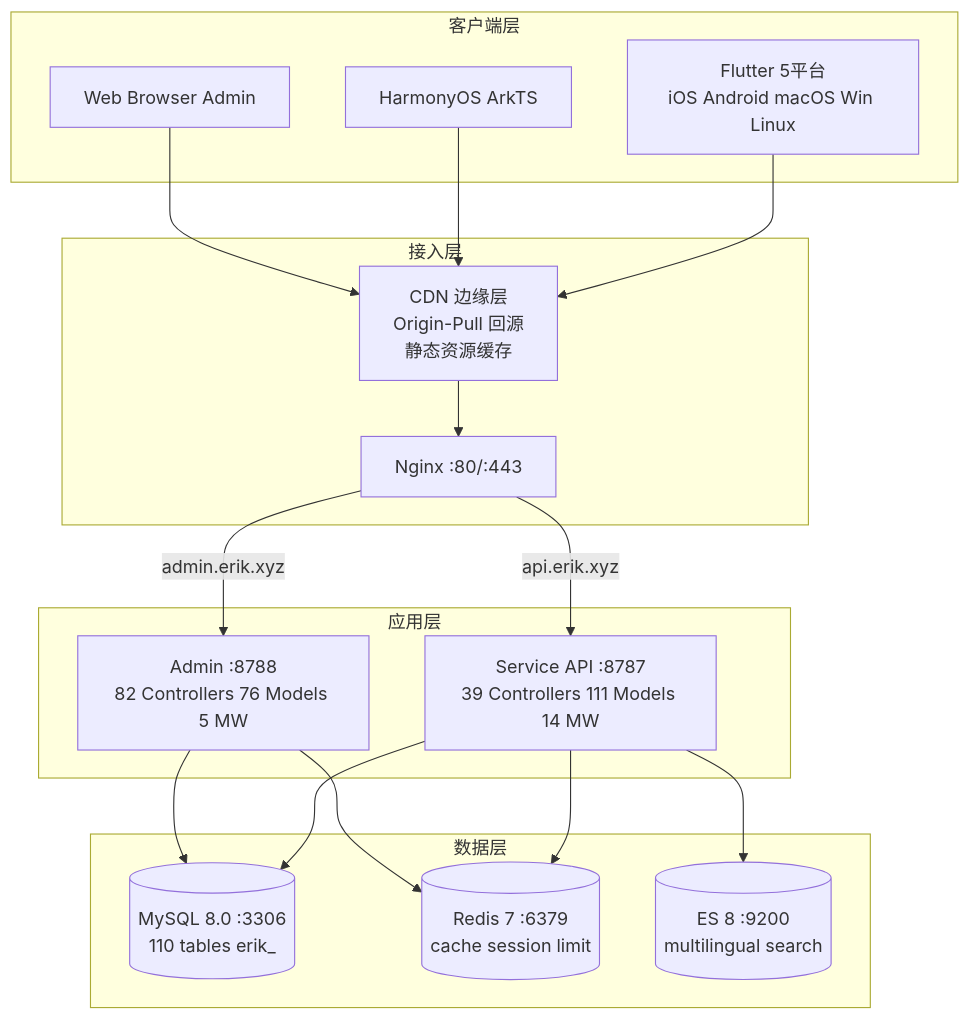
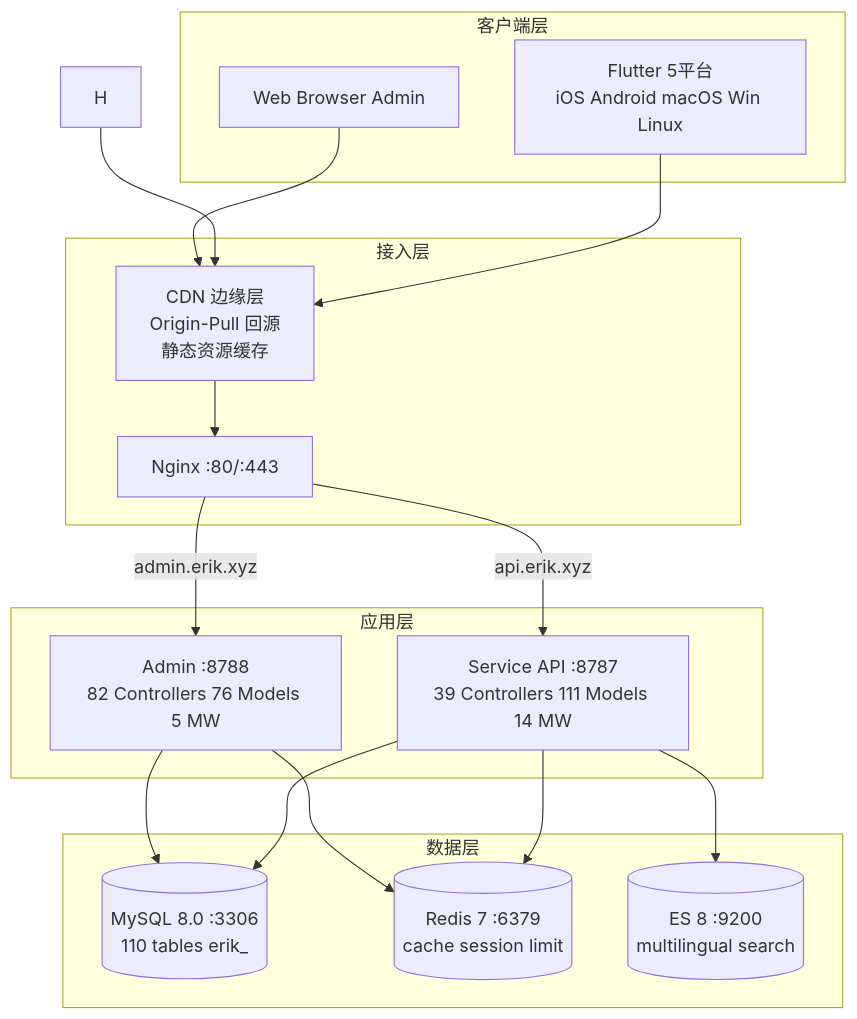
Before and after one commit to erikwang2013/erik-shop: the first of 6 diagrams in docs/architecture-full.md, drawn with Mermaid. The commit also changed other lines of this file and 40 other files, not shown here.

````diff
--- a/docs/architecture-full.md
+++ b/docs/architecture-full.md
@@ -38,30 +37,29 @@
 ```mermaid
 graph TD
     subgraph Clients[客户端层]
         F[Flutter 5平台<br/>iOS Android macOS Win Linux]
-        H[HarmonyOS ArkTS]
         W[Web Browser Admin]
     end
     subgraph Gateway[接入层]
         C[CDN 边缘层<br/>Origin-Pull 回源<br/>静态资源缓存]
         N[Nginx :80/:443]
     end
     subgraph Apps[应用层]
         S[Service API :8787<br/>39 Controllers 111 Models 14 MW]
         A[Admin :8788<br/>82 Controllers 76 Models 5 MW]
     end
     subgraph Data[数据层]
         M[(MySQL 8.0 :3306<br/>110 tables erik_)]
         R[(Redis 7 :6379<br/>cache session limit)]
         E[(ES 8 :9200<br/>multilingual search)]
     end
     F & H & W --> C
     C --> N
     N -->|api.erik.xyz| S
     N -->|admin.erik.xyz| A
     S --> M
     S --> R
     S --> E
     A --> M
     A --> R
 ```
````
